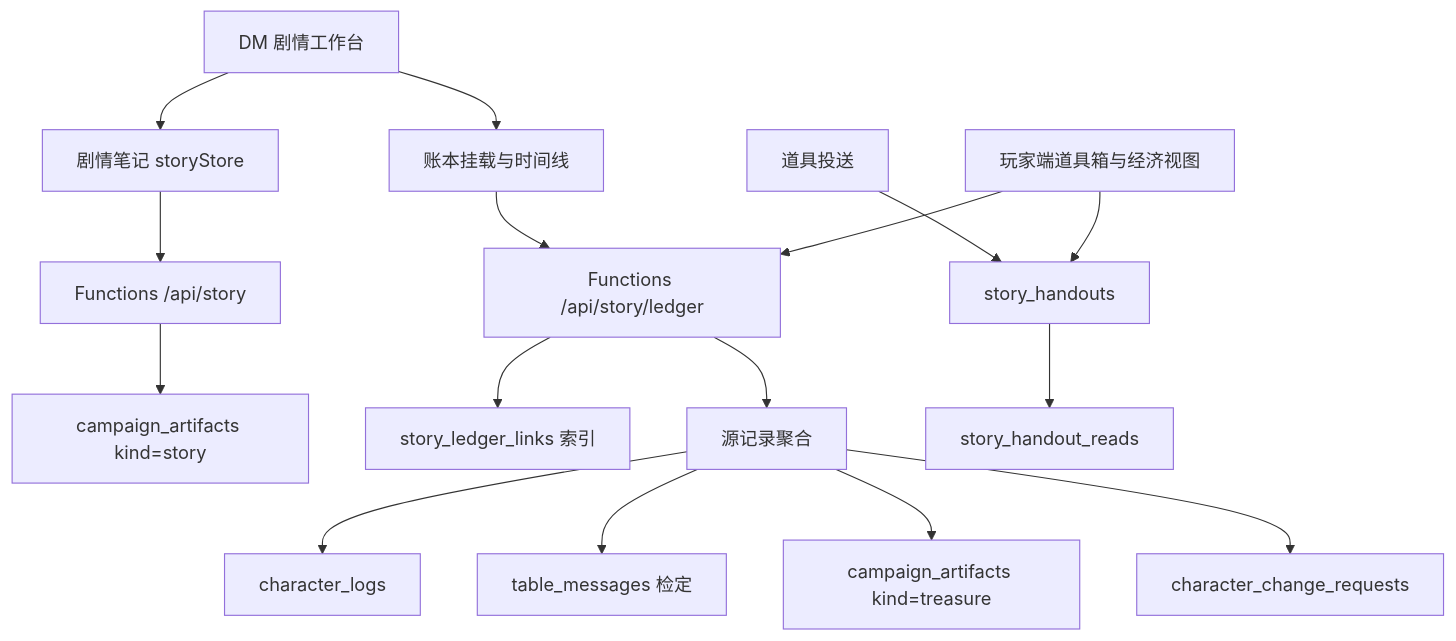
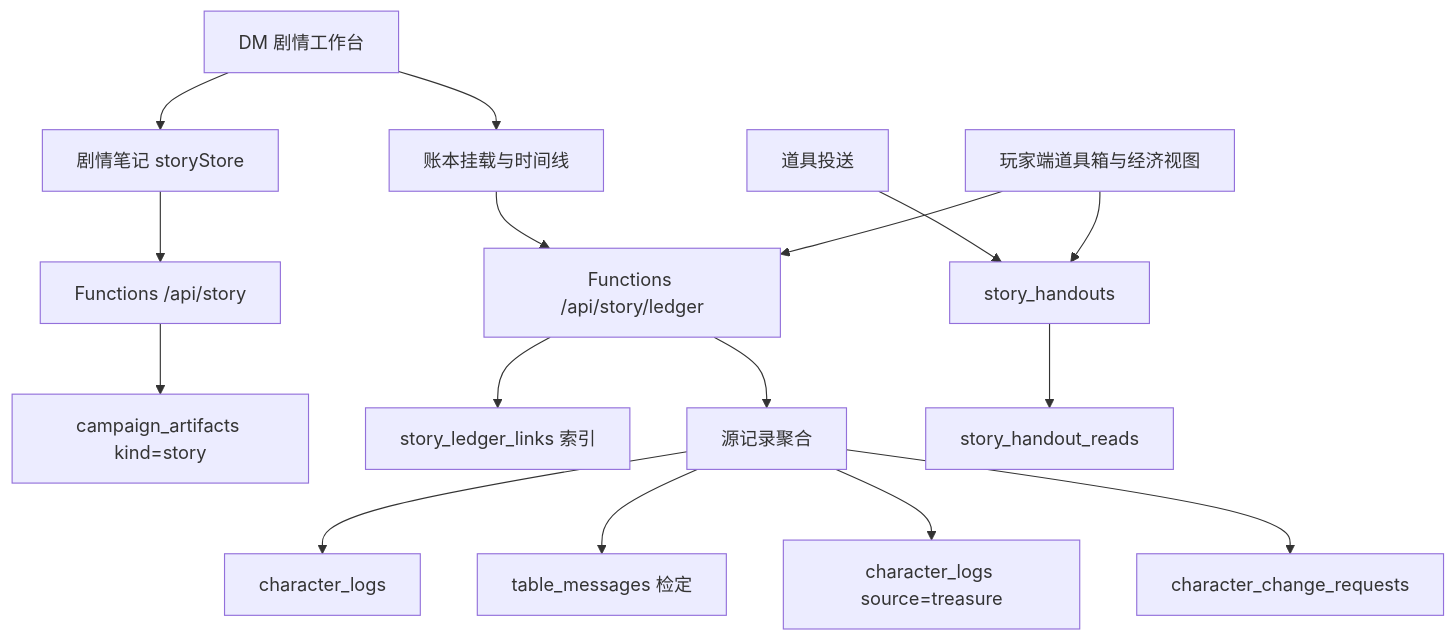
Before and after one commit to Romand0/DND-new: the first of 2 diagrams in .monkeycode/specs/story-management/design.md, drawn with Mermaid. The commit also changed other lines of this file and 9 other files, not shown here.

````diff
--- a/.monkeycode/specs/story-management/design.md
+++ b/.monkeycode/specs/story-management/design.md
@@ -26,18 +26,18 @@
 ```mermaid
 graph TD
   A["DM 剧情工作台"] --> B["剧情笔记 storyStore"]
   A --> C["账本挂载与时间线"]
   B --> D["Functions /api/story"]
   D --> E["campaign_artifacts kind=story"]
   C --> F["Functions /api/story/ledger"]
   F --> G["story_ledger_links 索引"]
   F --> H["源记录聚合"]
   H --> I["character_logs"]
   H --> J["table_messages 检定"]
-  H --> K["campaign_artifacts kind=treasure"]
+  H --> K["character_logs source=treasure"]
   H --> L["character_change_requests"]
   M["道具投送"] --> N["story_handouts"]
   N --> O["story_handout_reads"]
   P["玩家端道具箱与经济视图"] --> N
   P --> F
 ```
````
